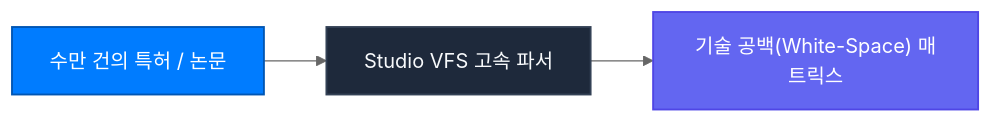
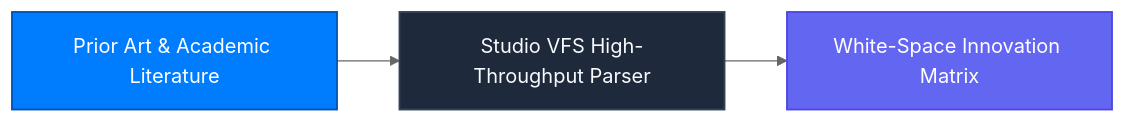
Before and after one commit to Connex-Brothers-Consulting-Group/cbcg-hs-connex-docs: the diagram in use-cases/rnd-and-patents.mdx, drawn with Mermaid (neutral theme). The commit also changed other lines of this file and 30 other files, not shown here.

````diff
--- a/use-cases/rnd-and-patents.mdx
+++ b/use-cases/rnd-and-patents.mdx
@@ -9,9 +9,9 @@
 ```mermaid
 graph LR
     classDef primary fill:#007CFF,stroke:#0056B3,stroke-width:1.5px,color:#FFFFFF;
     classDef enterprise fill:#1E293B,stroke:#334155,stroke-width:1.5px,color:#F8FAFC;
     classDef ai fill:#6366F1,stroke:#4F46E5,stroke-width:1.5px,color:#FFFFFF;
 
-    Patents["수만 건의 특허 / 논문"]:::primary --> Ingest["Studio VFS 고속 파서"]:::enterprise
-    Ingest --> Matrix["기술 공백(White-Space) 매트릭스"]:::ai
+    Patents["Prior Art & Academic Literature"]:::primary --> Ingest["Studio VFS High-Throughput Parser"]:::enterprise
+    Ingest --> Matrix["White-Space Innovation Matrix"]:::ai
 ```
````
